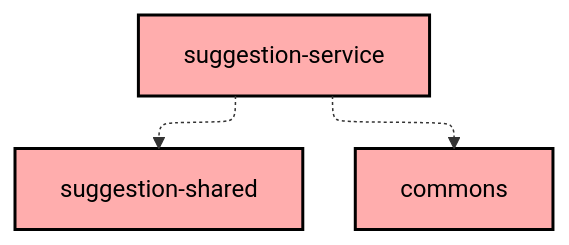
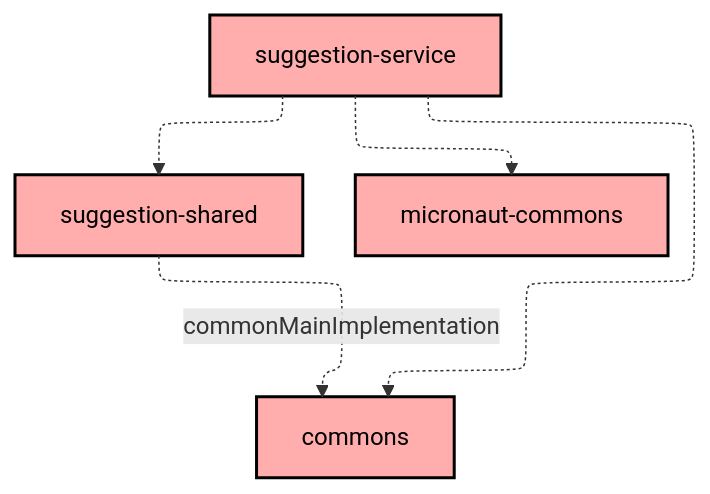
Before and after one commit to Norby99/munchies: the diagram in suggestion-service/README.md, drawn with Mermaid. The commit also changed 4 other files, not shown here.

````diff
--- a/suggestion-service/README.md
+++ b/suggestion-service/README.md
@@ -6,17 +6,20 @@
 ```mermaid
 ---
 config:
   layout: elk
   elk:
     nodePlacementStrategy: SIMPLE
 ---
 graph TB
   :suggestion-shared[suggestion-shared]:::unknown
   :suggestion-service[suggestion-service]:::unknown
+  :micronaut-commons[micronaut-commons]:::unknown
   :commons[commons]:::unknown
 
   :suggestion-service -.-> :commons
+  :suggestion-service -.-> :micronaut-commons
   :suggestion-service -.-> :suggestion-shared
+  :suggestion-shared -.->|commonMainImplementation| :commons
 
 classDef unknown fill:#FFADAD,stroke:#000,stroke-width:2px,color:#000;
 ```
````
